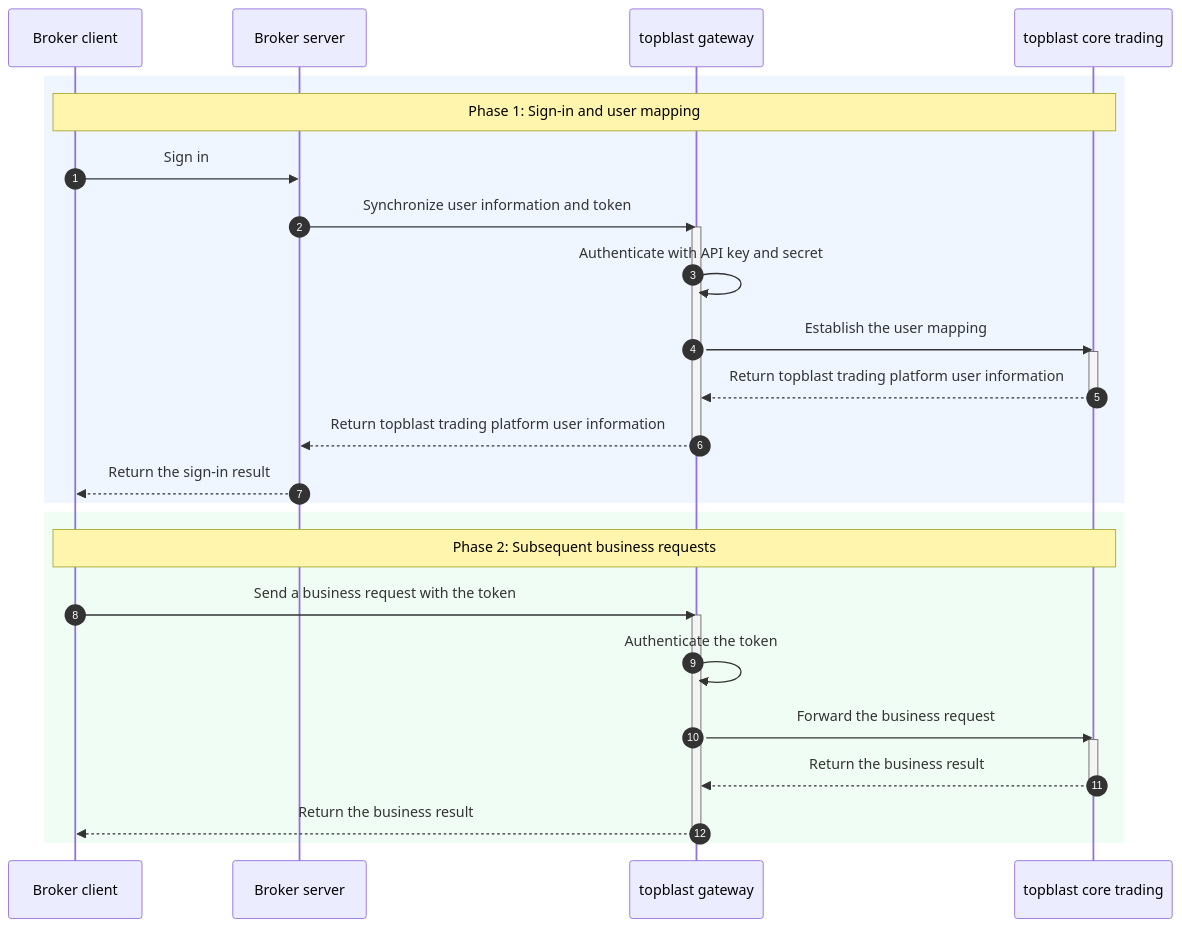
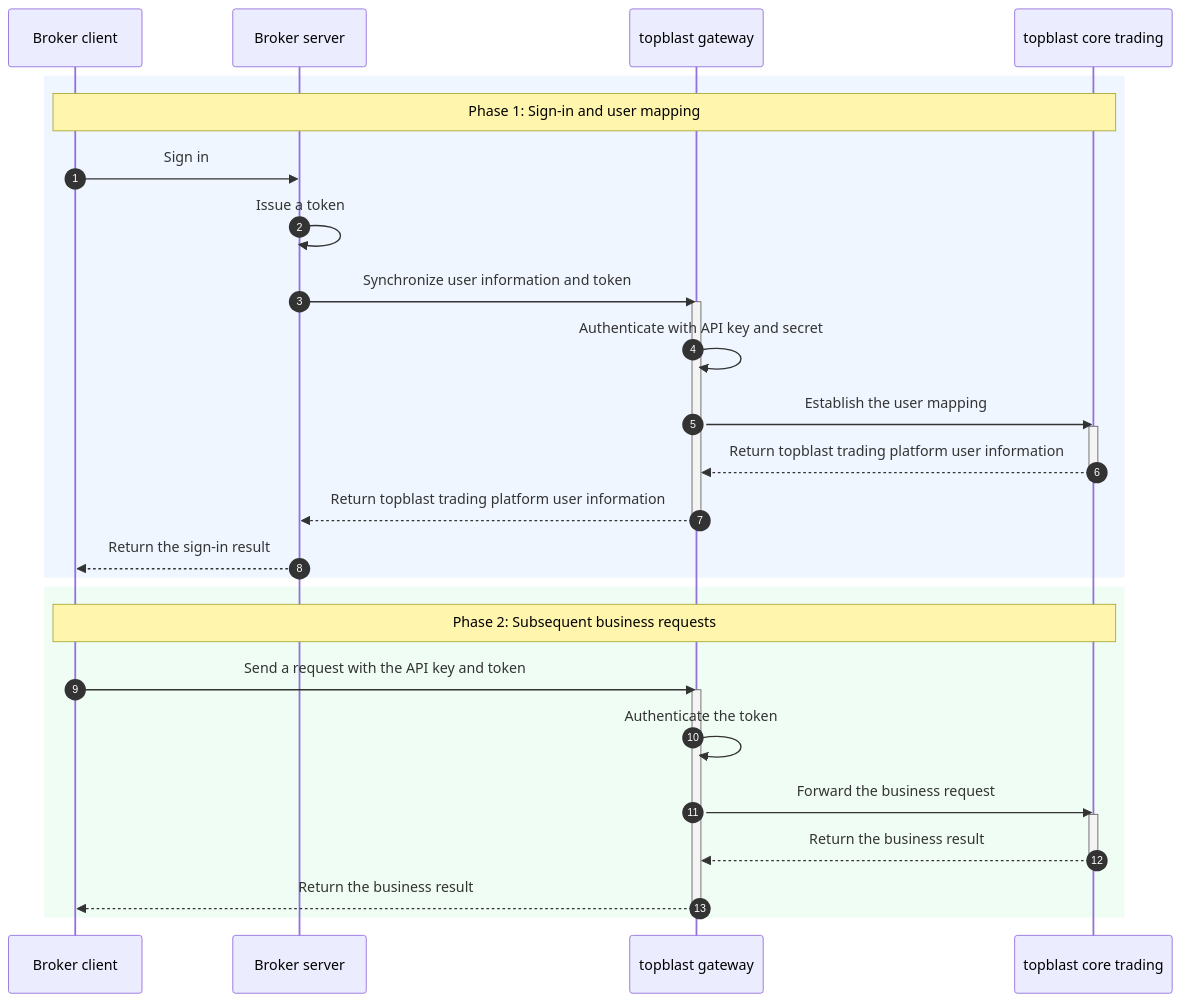
The diagram in en/guide/introduction.mdx (topblast-trade/docs), drawn with Mermaid before and after one commit. The commit also changed other lines of this file and 57 other files, not shown here.

````diff
--- a/en/guide/introduction.mdx
+++ b/en/guide/introduction.mdx
@@ -33,39 +48,40 @@
 ```mermaid
 sequenceDiagram
     autonumber
 
     participant BrokerClient as Broker client
     participant BrokerServer as Broker server
     participant Gateway as topblast gateway
     participant Core as topblast core trading
 
     rect rgb(239, 246, 255)
         Note over BrokerClient,Core: Phase 1: Sign-in and user mapping
 
         BrokerClient->>BrokerServer: Sign in
+        BrokerServer->>BrokerServer: Issue a token
         BrokerServer->>Gateway: Synchronize user information and token
         activate Gateway
         Gateway->>Gateway: Authenticate with API key and secret
         Gateway->>Core: Establish the user mapping
         activate Core
         Core-->>Gateway: Return topblast trading platform user information
         deactivate Core
         Gateway-->>BrokerServer: Return topblast trading platform user information
         deactivate Gateway
         BrokerServer-->>BrokerClient: Return the sign-in result
     end
 
     rect rgb(240, 253, 244)
         Note over BrokerClient,Core: Phase 2: Subsequent business requests
 
-        BrokerClient->>Gateway: Send a business request with the token
+        BrokerClient->>Gateway: Send a request with the API key and token
         activate Gateway
         Gateway->>Gateway: Authenticate the token
         Gateway->>Core: Forward the business request
         activate Core
         Core-->>Gateway: Return the business result
         deactivate Core
         Gateway-->>BrokerClient: Return the business result
         deactivate Gateway
     end
 ```
````
